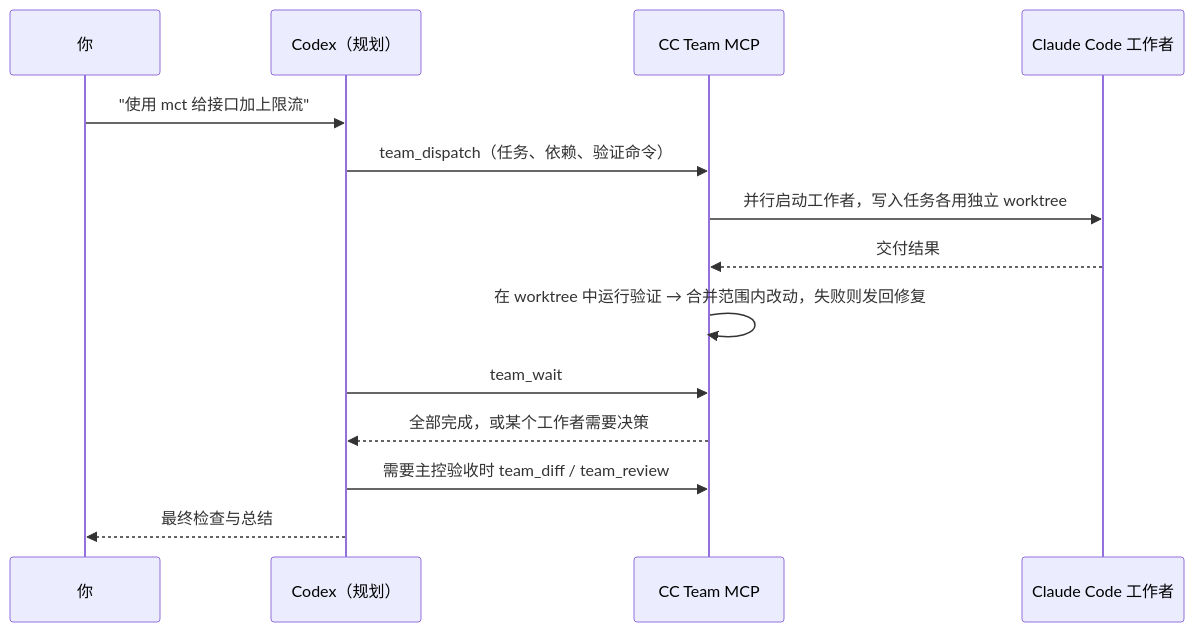
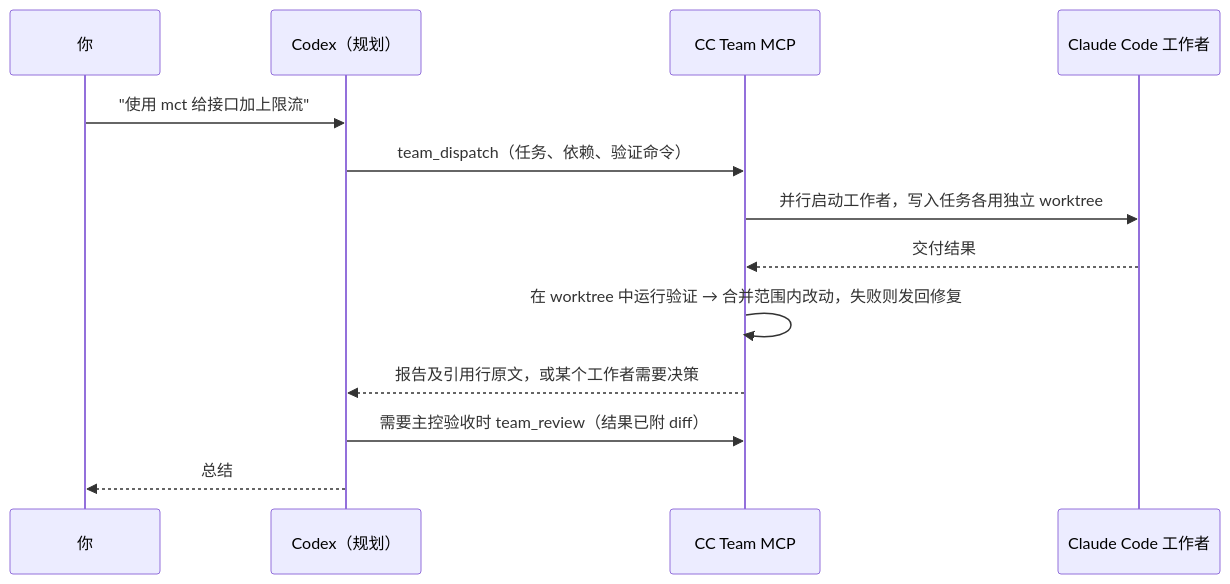
One commit to lboverfys/mcp-cccx-together changed the diagram in README.zh-CN.md. Above: the diagram before and after it, drawn with Mermaid. The commit also changed other lines of this file and 10 other files, not shown here.

First line of the commit message:
按"Codex 慢、CC 快"压缩主控回合：派发即等待、证据原文与待验收 diff 随结果返回

````diff
--- a/README.zh-CN.md
+++ b/README.zh-CN.md
@@ -38,16 +38,15 @@
 ```mermaid
 sequenceDiagram
     participant You as 你
     participant Codex as Codex（规划）
     participant MCP as CC Team MCP
     participant CC as Claude Code 工作者
     You->>Codex: "使用 mct 给接口加上限流"
     Codex->>MCP: team_dispatch（任务、依赖、验证命令）
     MCP->>CC: 并行启动工作者，写入任务各用独立 worktree
     CC-->>MCP: 交付结果
     MCP->>MCP: 在 worktree 中运行验证 → 合并范围内改动，失败则发回修复
-    Codex->>MCP: team_wait
-    MCP-->>Codex: 全部完成，或某个工作者需要决策
-    Codex->>MCP: 需要主控验收时 team_diff / team_review
-    Codex-->>You: 最终检查与总结
+    MCP-->>Codex: 报告及引用行原文，或某个工作者需要决策
+    Codex->>MCP: 需要主控验收时 team_review（结果已附 diff）
+    Codex-->>You: 总结
 ```
````
